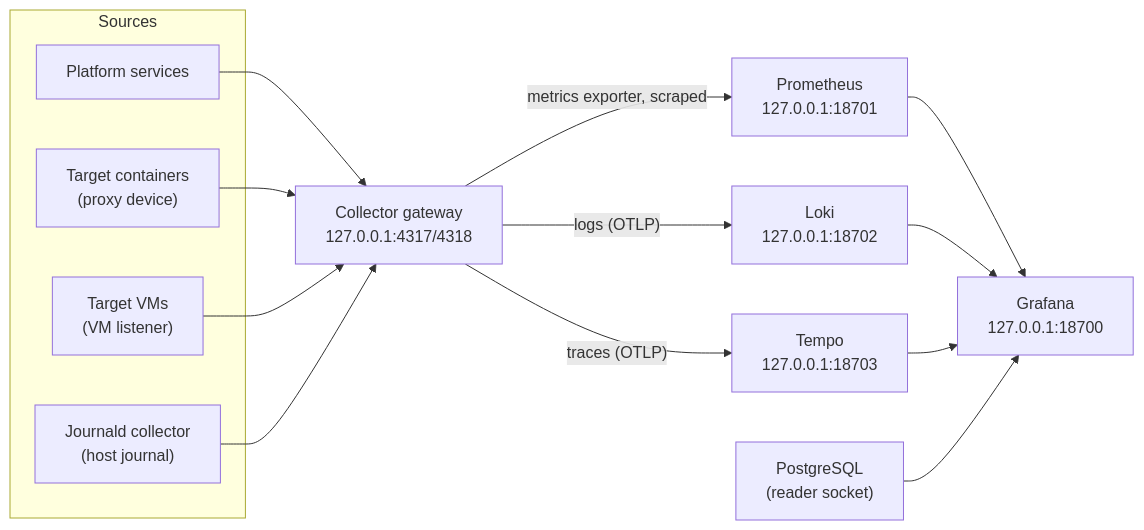
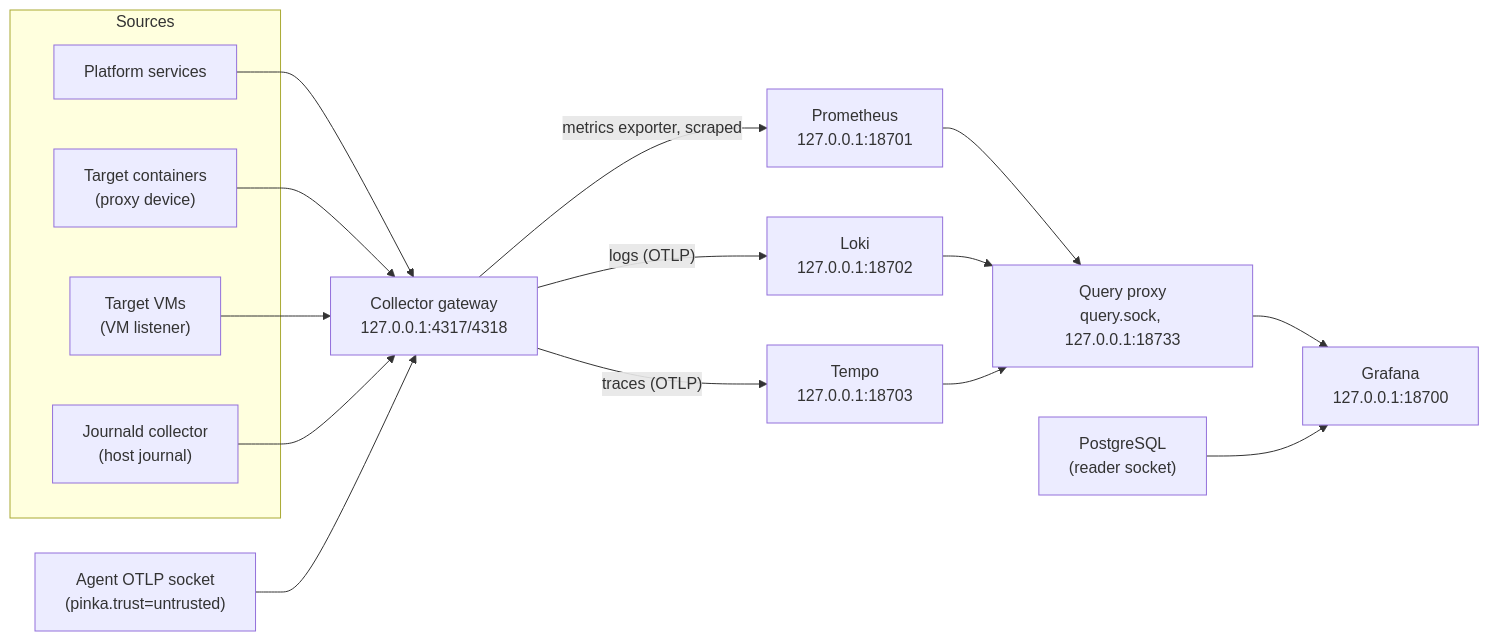
One commit to metharda/pokus-infrastructure changed the diagram in infra/docs/explanation/telemetry.md. Above: the diagram before and after it, drawn with Mermaid. The commit also changed other lines of this file and 351 other files, not shown here.

````diff
--- a/infra/docs/explanation/telemetry.md
+++ b/infra/docs/explanation/telemetry.md
@@ -21,26 +21,30 @@
 ```mermaid
 flowchart LR
     subgraph sources["Sources"]
         svc["Platform services"]
         ct["Target containers<br/>(proxy device)"]
         vm["Target VMs<br/>(VM listener)"]
         jd["Journald collector<br/>(host journal)"]
     end
     gw["Collector gateway<br/>127.0.0.1:4317/4318"]
     loki["Loki<br/>127.0.0.1:18702"]
     tempo["Tempo<br/>127.0.0.1:18703"]
     prom["Prometheus<br/>127.0.0.1:18701"]
     graf["Grafana<br/>127.0.0.1:18700"]
     pg["PostgreSQL<br/>(reader socket)"]
     svc --> gw
     ct --> gw
     vm --> gw
     jd --> gw
+    agent["Agent OTLP socket<br/>(pinka.trust=untrusted)"]
+    qp["Query proxy<br/>query.sock, 127.0.0.1:18733"]
+    agent --> gw
     gw -- "logs (OTLP)" --> loki
     gw -- "traces (OTLP)" --> tempo
     gw -- "metrics exporter, scraped" --> prom
-    prom --> graf
-    loki --> graf
-    tempo --> graf
+    prom --> qp
+    loki --> qp
+    tempo --> qp
+    qp --> graf
     pg --> graf
 ```
````
